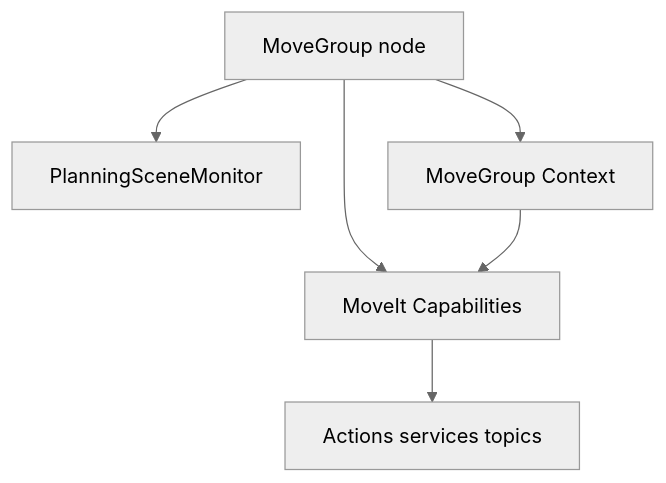
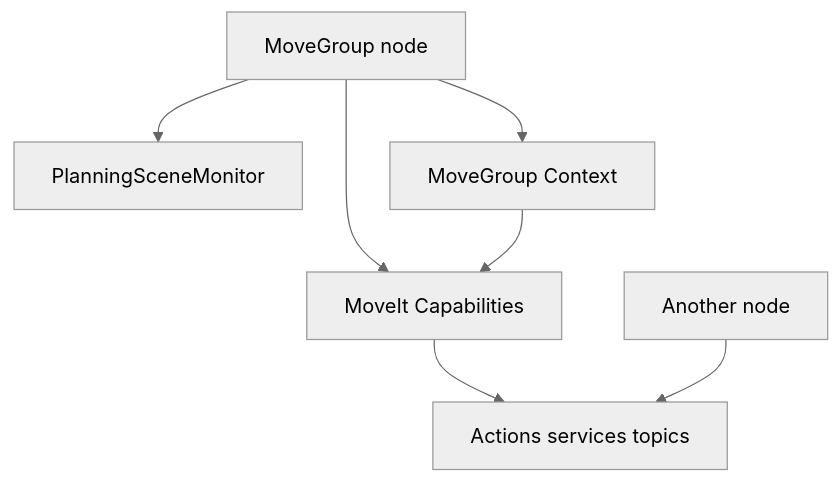
Before and after one commit to rafaelrojasmiliani/moveit_tutorial: the first of 2 diagrams in 08_movegroup_anatomy/readme.md, drawn with Mermaid (neutral theme). The commit also changed other lines of this file, not shown here.

````diff
--- a/08_movegroup_anatomy/readme.md
+++ b/08_movegroup_anatomy/readme.md
@@ -5,8 +10,9 @@
 ```mermaid
 graph TB;
     MG[MoveGroup node] --> PSM[PlanningSceneMonitor];
     MG --> MC[MoveIt Capabilities];
     MC --> AST[Actions services topics];
     MG --> MGC[MoveGroup Context];
     MGC --> MC;
+    SN[Another node] -->AST;
 ```
````
